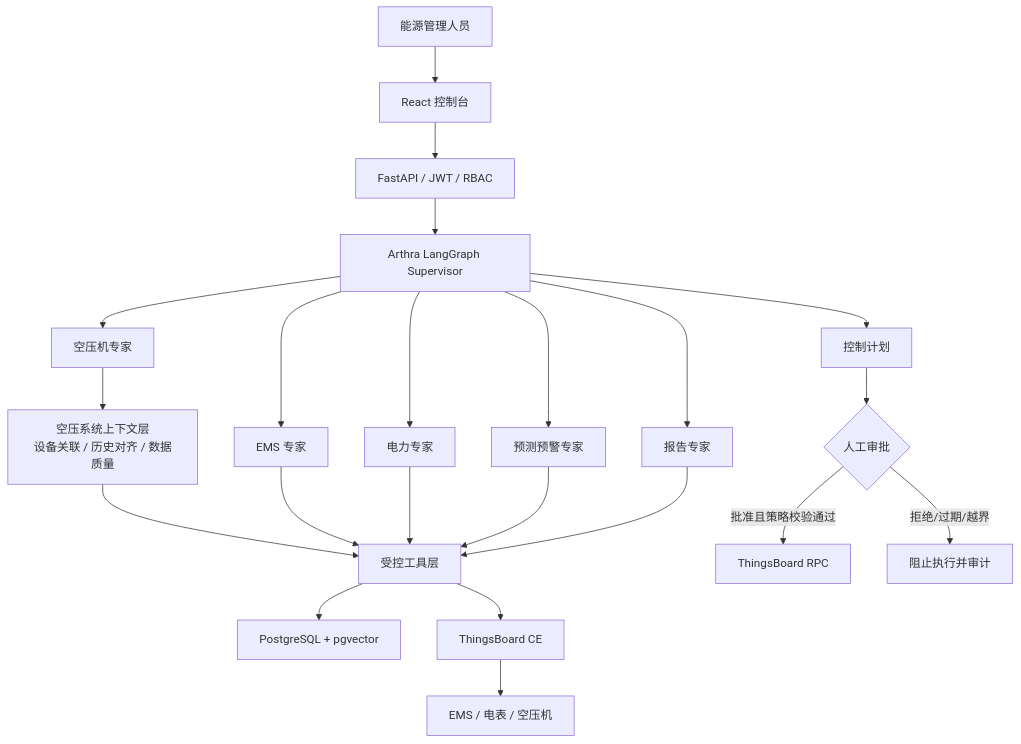
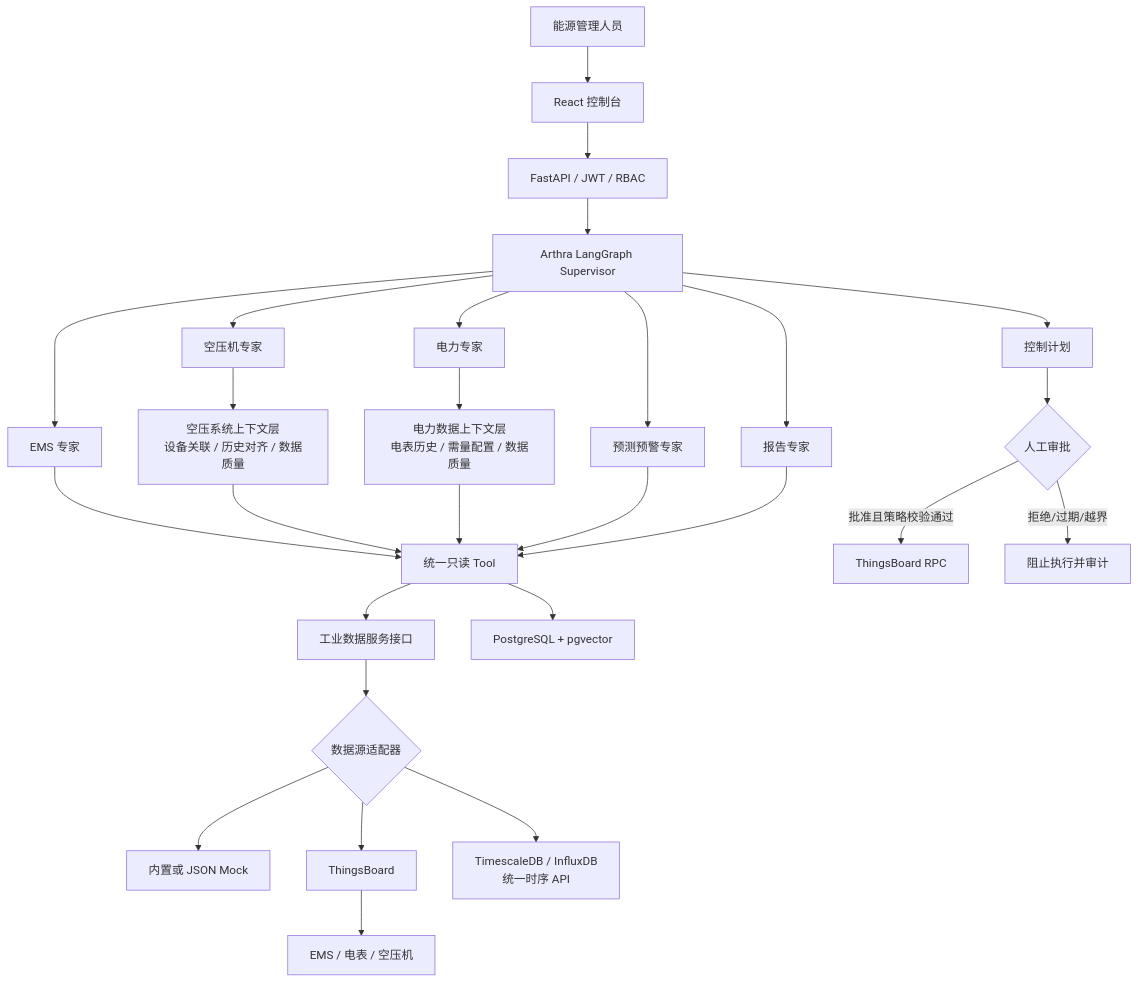
Before and after one commit to shanbingshen/agent: the diagram in README.md, drawn with Mermaid. The commit also changed other lines of this file and 47 other files, not shown here.

````diff
--- a/README.md
+++ b/README.md
@@ -7,21 +7,25 @@
 ```mermaid
 flowchart TB
     User["能源管理人员"] --> Web["React 控制台"]
     Web --> API["FastAPI / JWT / RBAC"]
     API --> Brain["Arthra LangGraph Supervisor"]
     Brain --> EMS["EMS 专家"]
     Brain --> Power["电力专家"]
     Brain --> Air["空压机专家"]
     Brain --> Forecast["预测预警专家"]
     Brain --> Report["报告专家"]
     Air --> AirContext["空压系统上下文层<br/>设备关联 / 历史对齐 / 数据质量"]
-    AirContext --> Tools
-    EMS & Power & Forecast & Report --> Tools["受控工具层"]
+    Power --> PowerContext["电力数据上下文层<br/>电表历史 / 需量配置 / 数据质量"]
+    EMS & AirContext & PowerContext & Forecast & Report --> Tools["统一只读 Tool"]
+    Tools --> IDS["工业数据服务接口"]
+    IDS --> Select{"数据源适配器"}
+    Select --> Mock["内置或 JSON Mock"]
+    Select --> TB["ThingsBoard"]
+    Select --> TS["TimescaleDB / InfluxDB<br/>统一时序 API"]
     Tools --> RAG["PostgreSQL + pgvector"]
-    Tools --> TB["ThingsBoard CE"]
     TB --> Device["EMS / 电表 / 空压机"]
     Brain --> Plan["控制计划"]
     Plan --> Approval{"人工审批"}
     Approval -->|批准且策略校验通过| RPC["ThingsBoard RPC"]
     Approval -->|拒绝/过期/越界| Block["阻止执行并审计"]
 ```
````
